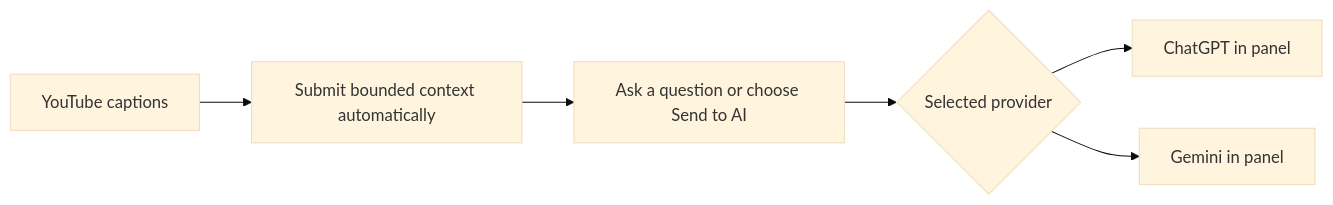
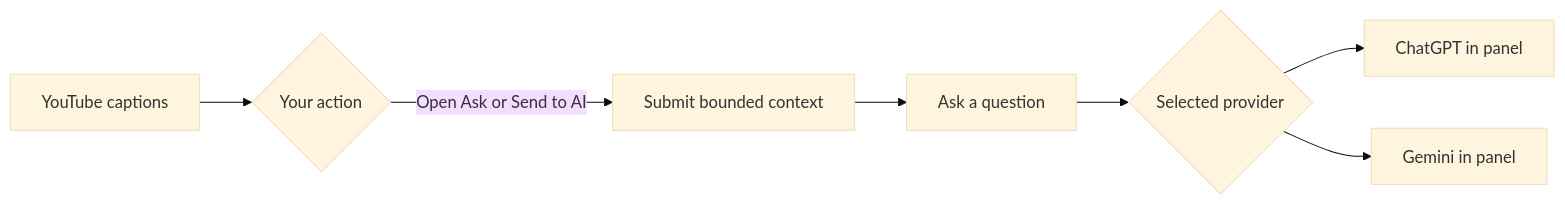
Before and after one commit to wasely/watch-better: the diagram in README.md, drawn with Mermaid (base theme). The commit also changed other lines of this file and 84 other files, not shown here.

````diff
--- a/README.md
+++ b/README.md
@@ -114,8 +117,9 @@
 ```mermaid
 flowchart LR
-    A[YouTube captions] --> B[Submit bounded context automatically]
-    B --> C[Ask a question or choose Send to AI]
-    C --> D{Selected provider}
-    D --> E[ChatGPT in panel]
-    D --> F[Gemini in panel]
+    A[YouTube captions] --> B{Your action}
+    B -->|Open Ask or Send to AI| C[Submit bounded context]
+    C --> D[Ask a question]
+    D --> E{Selected provider}
+    E --> F[ChatGPT in panel]
+    E --> G[Gemini in panel]
 ```
````
